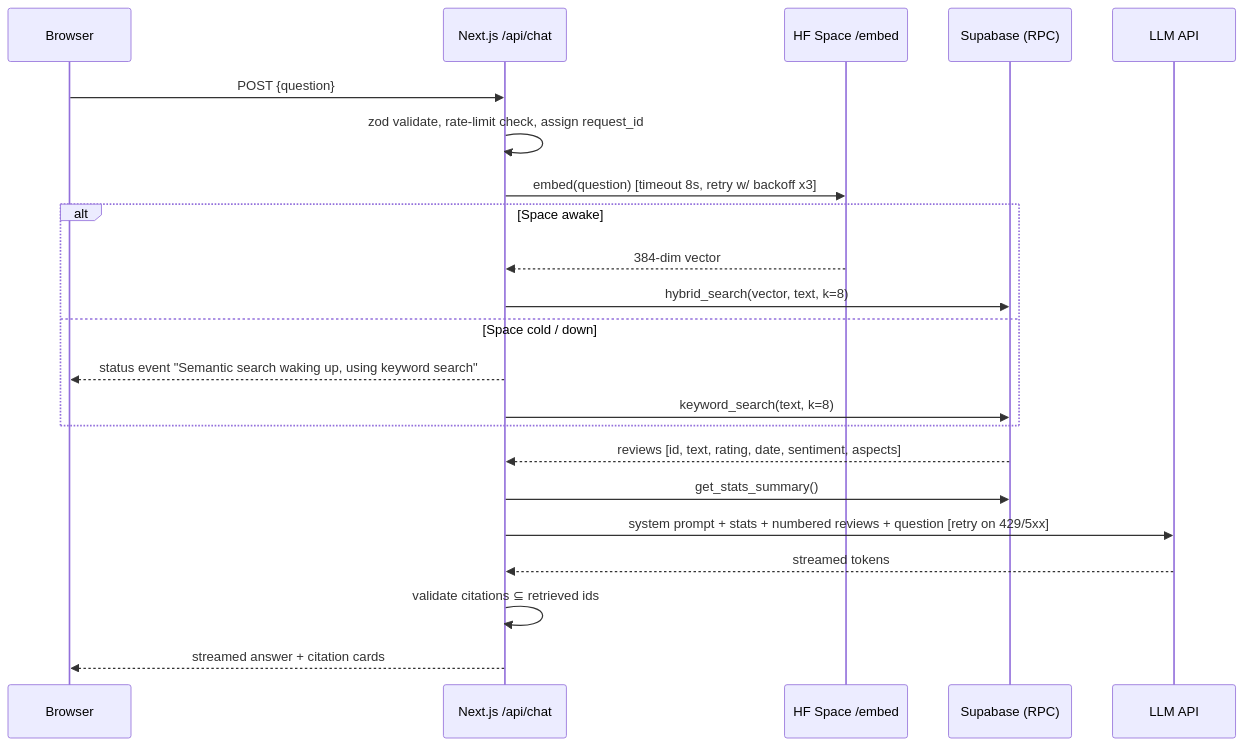
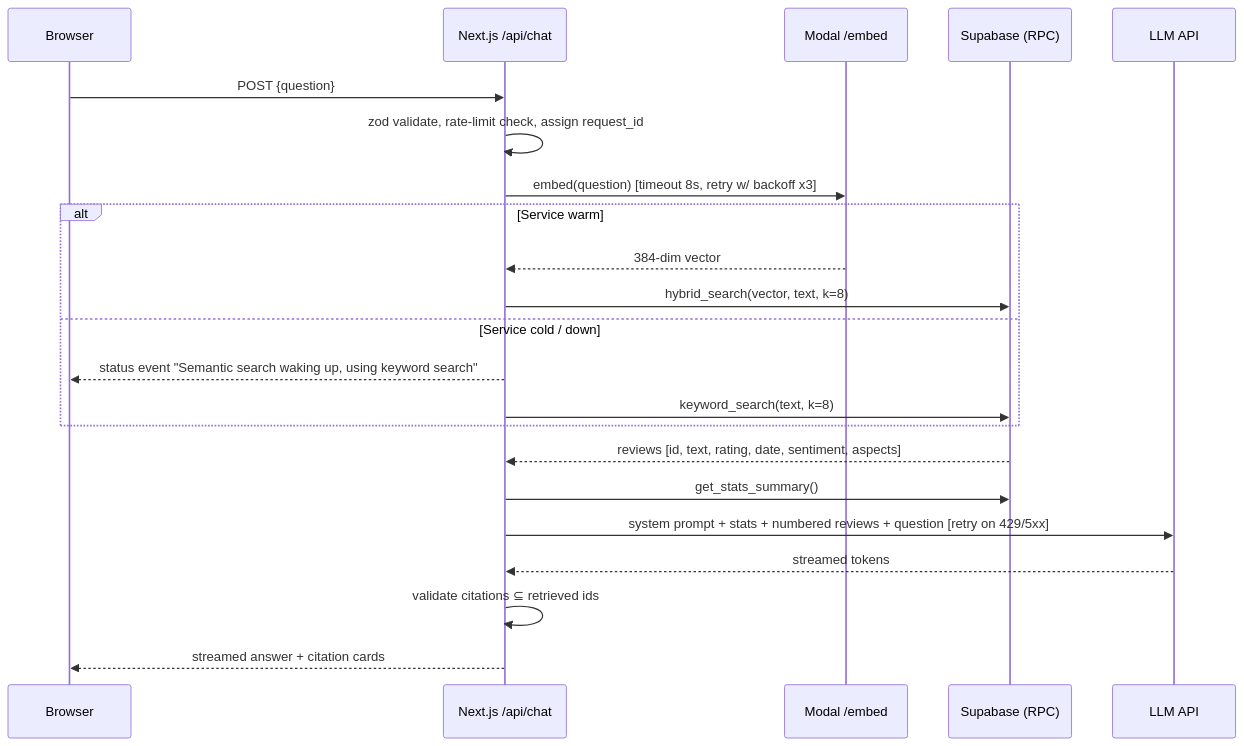
The second of 2 diagrams in PLAN.md (SCARXZ-1864/DS_ML), drawn with Mermaid before and after one commit. The commit also changed other lines of this file and 9 other files, not shown here.

First line of the commit message:
feat(inference)!: deploy to Modal instead of HF Docker Space

````diff
--- a/PLAN.md
+++ b/PLAN.md
@@ -94,24 +94,24 @@
 ```mermaid
 sequenceDiagram
   participant B as Browser
   participant N as Next.js /api/chat
-  participant S as HF Space /embed
+  participant S as Modal /embed
   participant P as Supabase (RPC)
   participant L as LLM API
   B->>N: POST {question}
   N->>N: zod validate, rate-limit check, assign request_id
   N->>S: embed(question) [timeout 8s, retry w/ backoff x3]
-  alt Space awake
+  alt Service warm
     S-->>N: 384-dim vector
     N->>P: hybrid_search(vector, text, k=8)
-  else Space cold / down
+  else Service cold / down
     N-->>B: status event "Semantic search waking up, using keyword search"
     N->>P: keyword_search(text, k=8)
   end
   P-->>N: reviews [id, text, rating, date, sentiment, aspects]
   N->>P: get_stats_summary()
   N->>L: system prompt + stats + numbered reviews + question [retry on 429/5xx]
   L-->>N: streamed tokens
   N->>N: validate citations ⊆ retrieved ids
   N-->>B: streamed answer + citation cards
 ```
````
